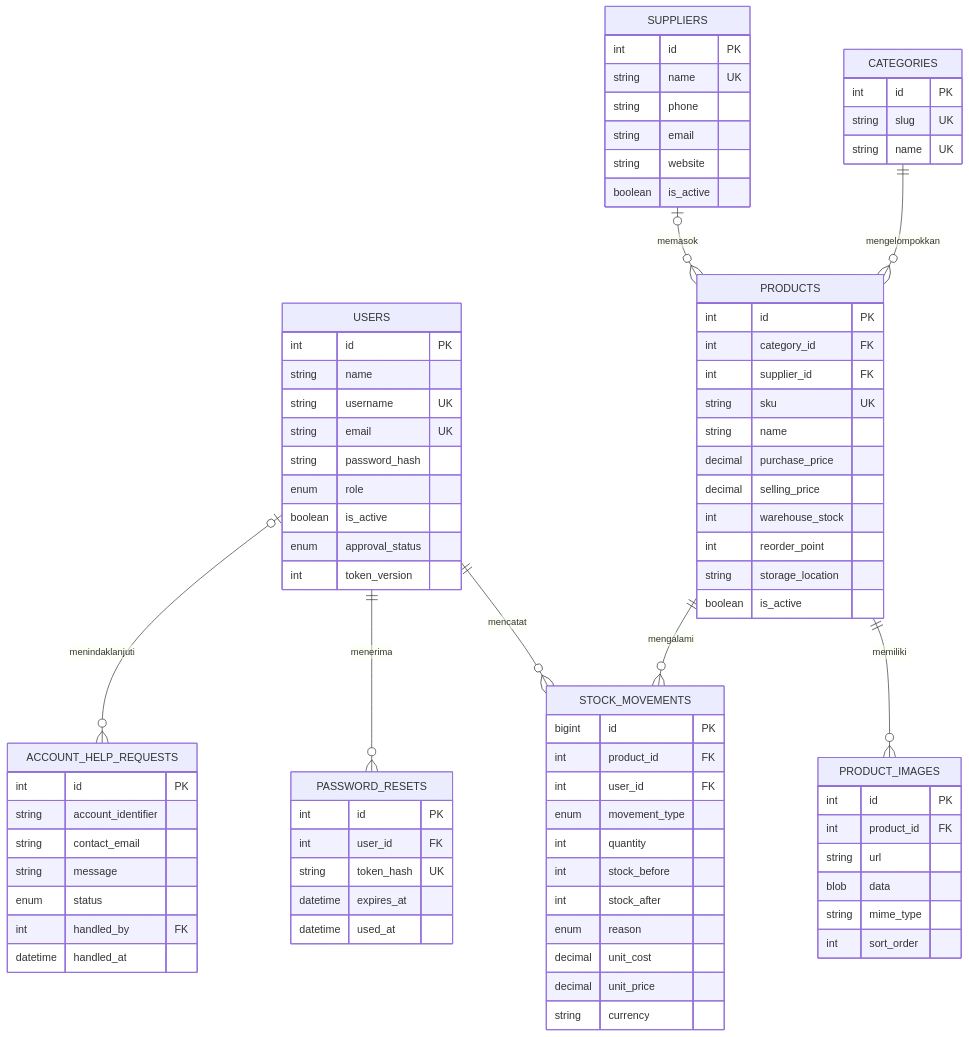
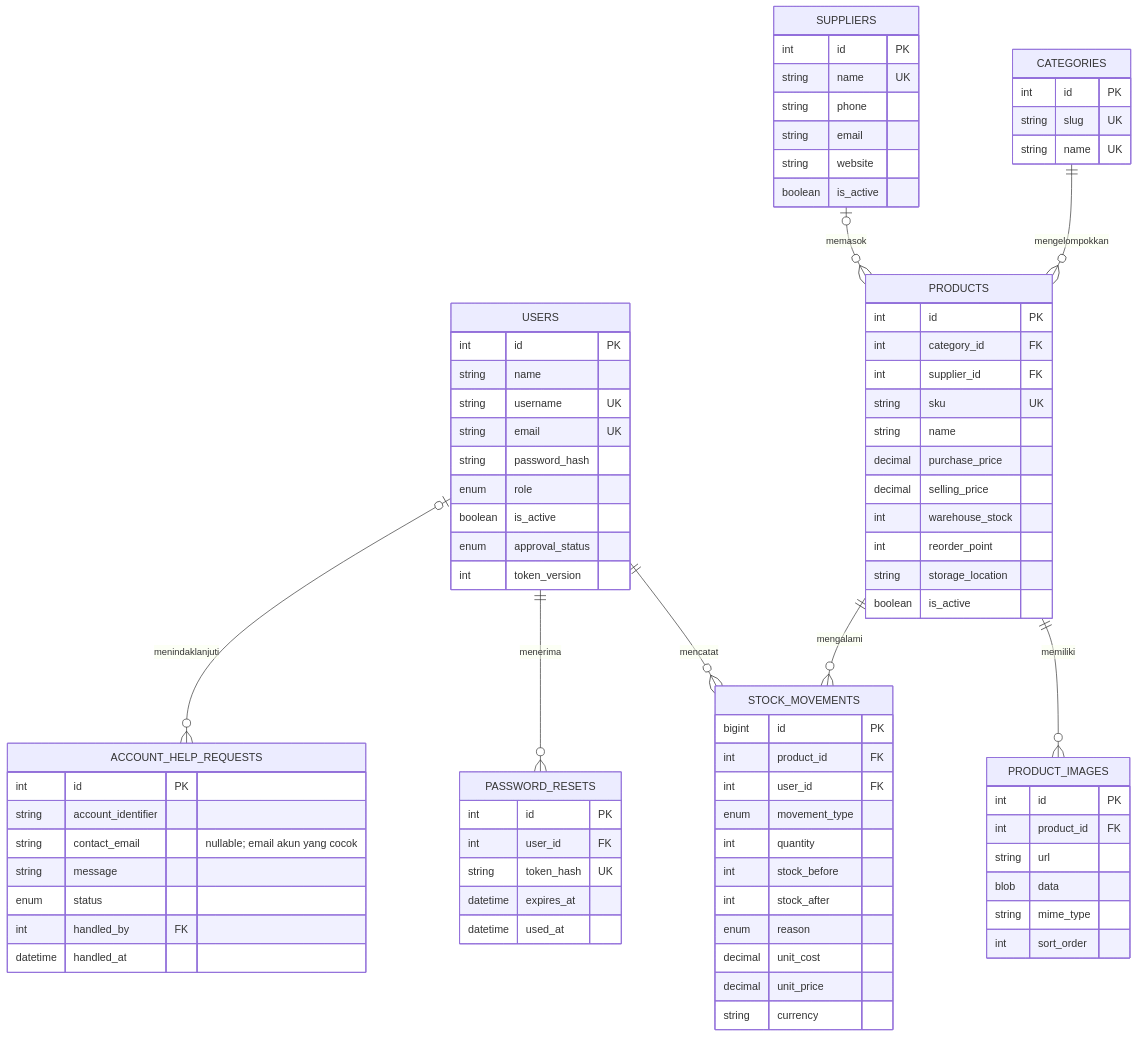
One commit to muhwal21/KeyStock changed the diagram in docs/uas/erd.md. Above: the diagram before and after it, drawn with Mermaid. The commit also changed other lines of this file and 12 other files, not shown here.

```diff
--- a/docs/uas/erd.md
+++ b/docs/uas/erd.md
@@ -80,7 +80,7 @@
   ACCOUNT_HELP_REQUESTS {
     int id PK
     string account_identifier
-    string contact_email
+    string contact_email "nullable; email akun yang cocok"
     string message
     enum status
     int handled_by FK
```
